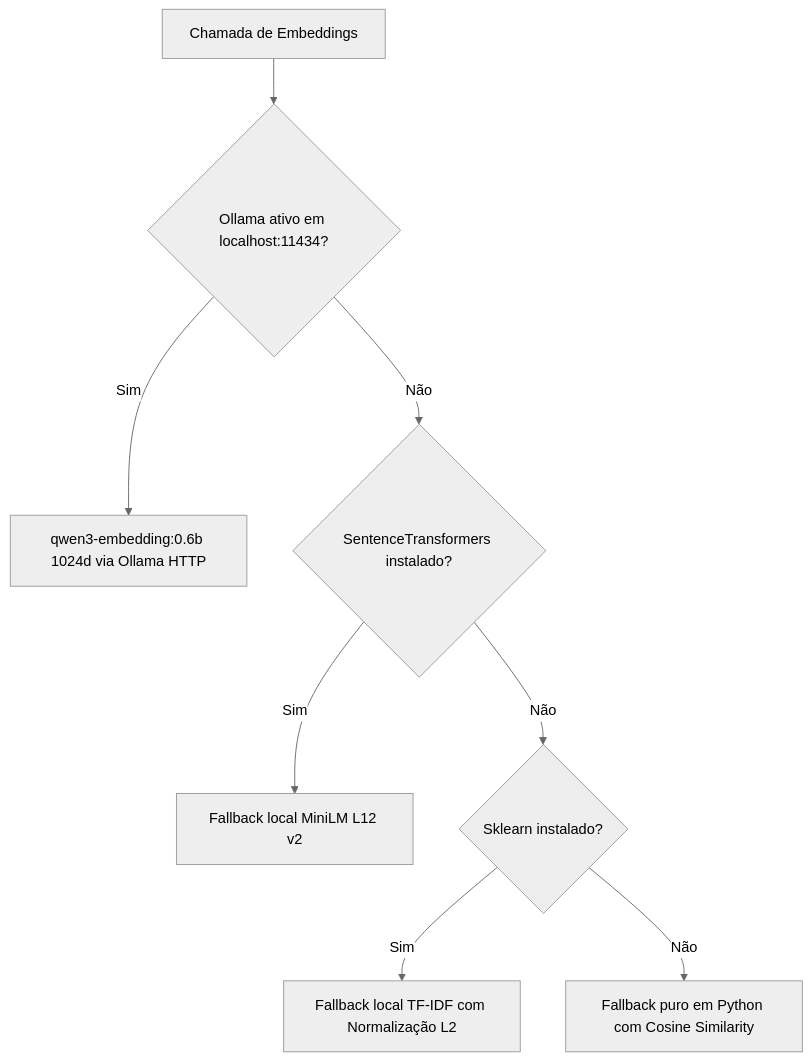
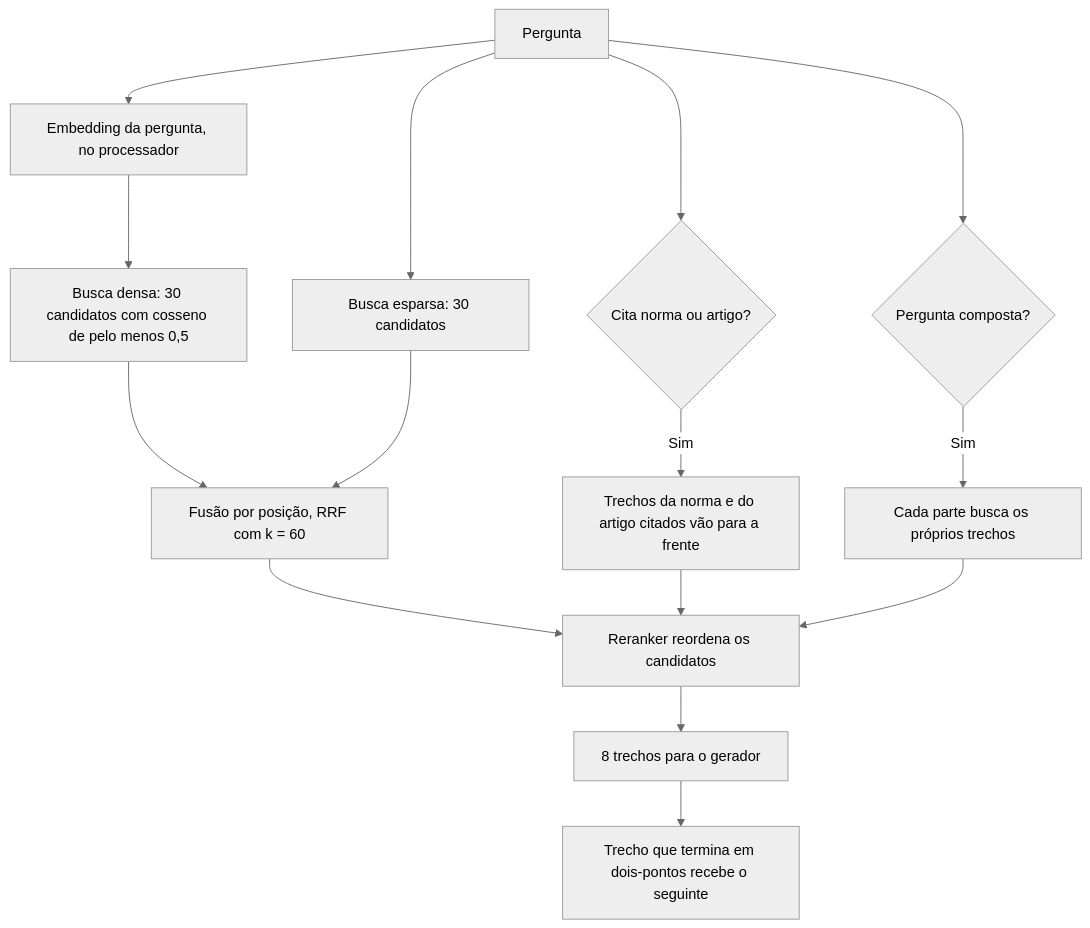
One commit to ingrdsoares/RES-IA-Challenge-2 changed the diagram in docs/estrategia-embeddings.md. Above: the diagram before and after it, drawn with Mermaid (neutral theme). The commit also changed other lines of this file and 3 other files, not shown here.

````diff
--- a/docs/estrategia-embeddings.md
+++ b/docs/estrategia-embeddings.md
@@ -105,10 +98,17 @@
 ```mermaid
 flowchart TD
-    A[Chamada de Embeddings] --> B{Ollama ativo em localhost:11434?}
-    B -- Sim --> C[qwen3-embedding:0.6b 1024d via Ollama HTTP]
-    B -- Não --> D{SentenceTransformers instalado?}
-    D -- Sim --> E[Fallback local MiniLM L12 v2]
-    D -- Não --> F{Sklearn instalado?}
-    F -- Sim --> G[Fallback local TF-IDF com Normalização L2]
-    F -- Não --> H[Fallback puro em Python com Cosine Similarity]
+    P[Pergunta] --> E[Embedding da pergunta, no processador]
+    P --> N{Cita norma ou artigo?}
+    E --> H[Busca densa: 30 candidatos com cosseno de pelo menos 0,5]
+    P --> S[Busca esparsa: 30 candidatos]
+    H --> R[Fusão por posição, RRF com k = 60]
+    S --> R
+    N -- Sim --> C[Trechos da norma e do artigo citados vão para a frente]
+    P --> X{Pergunta composta?}
+    X -- Sim --> Y[Cada parte busca os próprios trechos]
+    R --> K[Reranker reordena os candidatos]
+    C --> K
+    Y --> K
+    K --> T[8 trechos para o gerador]
+    T --> Z[Trecho que termina em dois-pontos recebe o seguinte]
 ```
````
